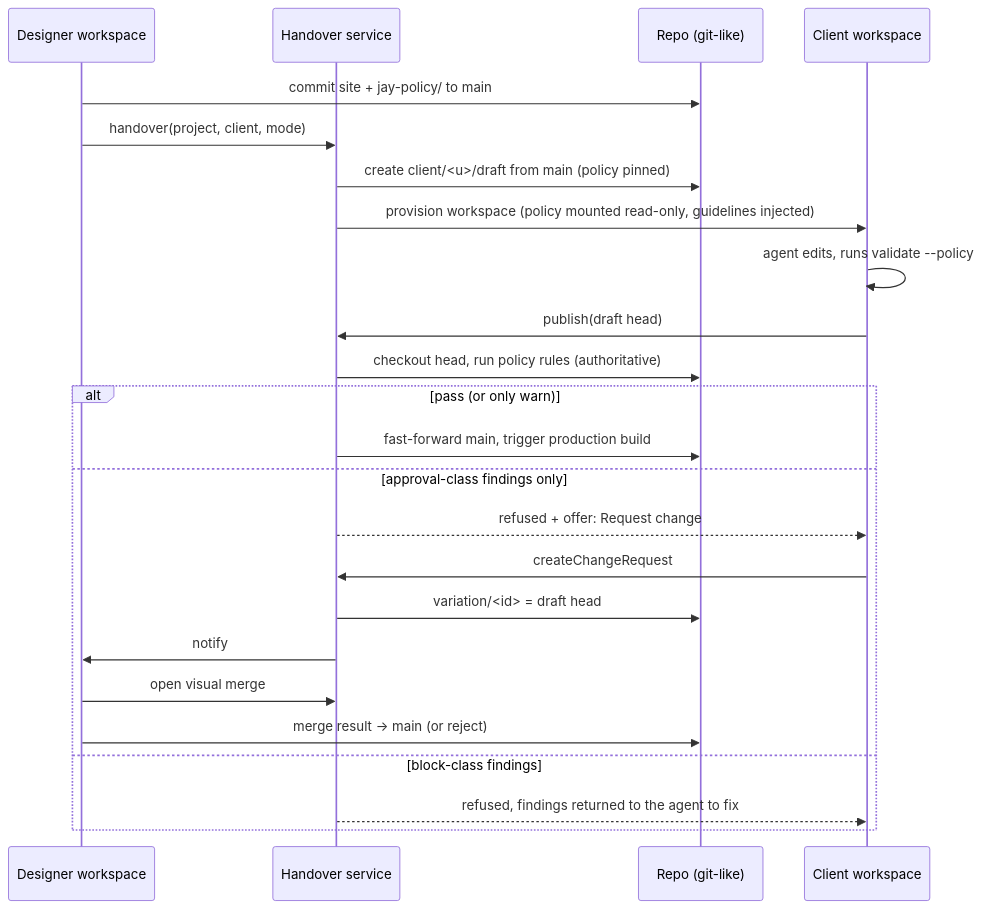
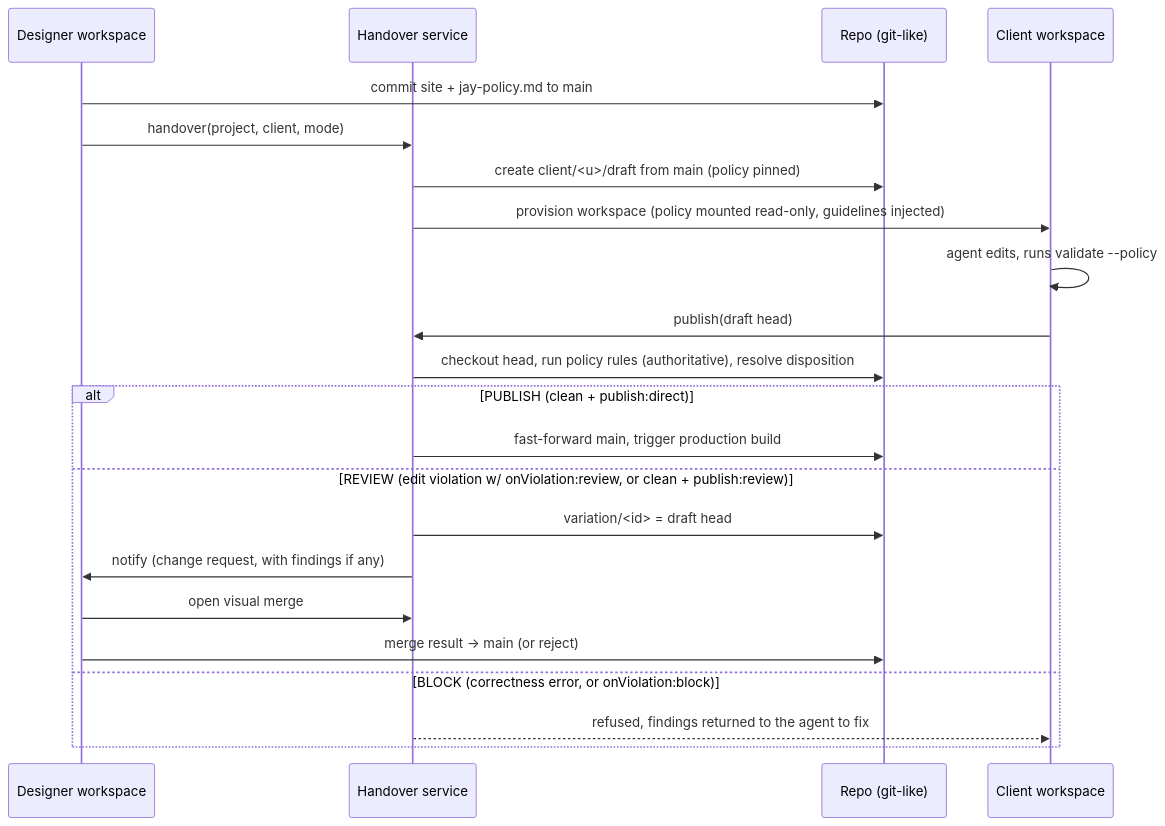
Before and after one commit to jay-framework/jay: the diagram in design-log/222 - handover and dev flow.md, drawn with Mermaid. The commit also changed other lines of this file, not shown here.

````diff
--- a/design-log/222 - handover and dev flow.md
+++ b/design-log/222 - handover and dev flow.md
@@ -56,26 +58,24 @@
 ```mermaid
 sequenceDiagram
   participant D as Designer workspace
   participant H as Handover service
   participant R as Repo (git-like)
   participant C as Client workspace
-  D->>R: commit site + jay-policy/ to main
+  D->>R: commit site + jay-policy.md to main
   D->>H: handover(project, client, mode)
   H->>R: create client/<u>/draft from main (policy pinned)
   H->>C: provision workspace (policy mounted read-only, guidelines injected)
   C->>C: agent edits, runs validate --policy
   C->>H: publish(draft head)
-  H->>R: checkout head, run policy rules (authoritative)
-  alt pass (or only warn)
+  H->>R: checkout head, run policy rules (authoritative), resolve disposition
+  alt PUBLISH (clean + publish:direct)
     H->>R: fast-forward main, trigger production build
-  else approval-class findings only
-    H-->>C: refused + offer: Request change
-    C->>H: createChangeRequest
+  else REVIEW (edit violation w/ onViolation:review, or clean + publish:review)
     H->>R: variation/<id> = draft head
-    H->>D: notify
+    H->>D: notify (change request, with findings if any)
     D->>H: open visual merge
     D->>R: merge result → main (or reject)
-  else block-class findings
+  else BLOCK (correctness error, or onViolation:block)
     H-->>C: refused, findings returned to the agent to fix
   end
 ```
````
